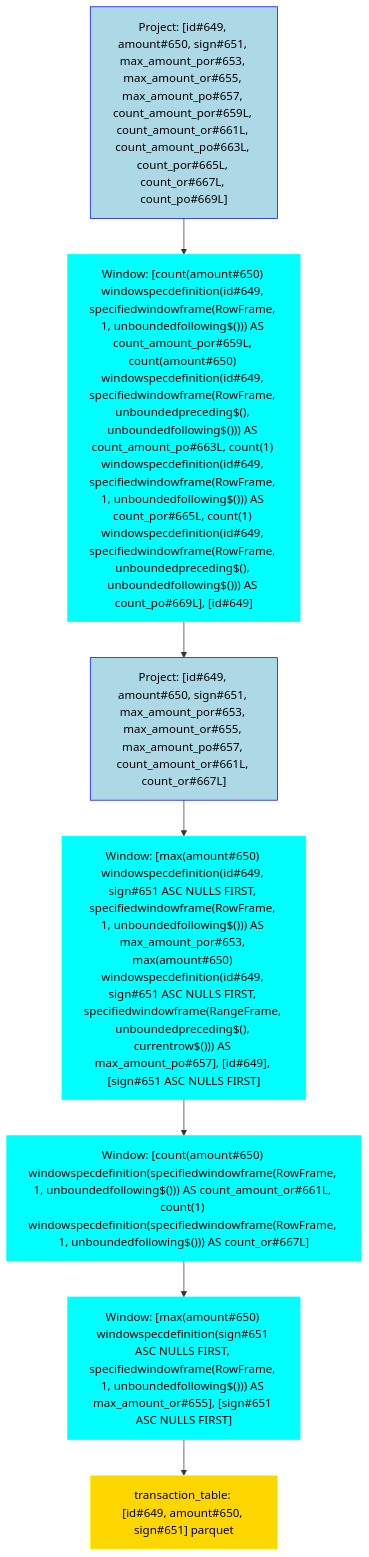
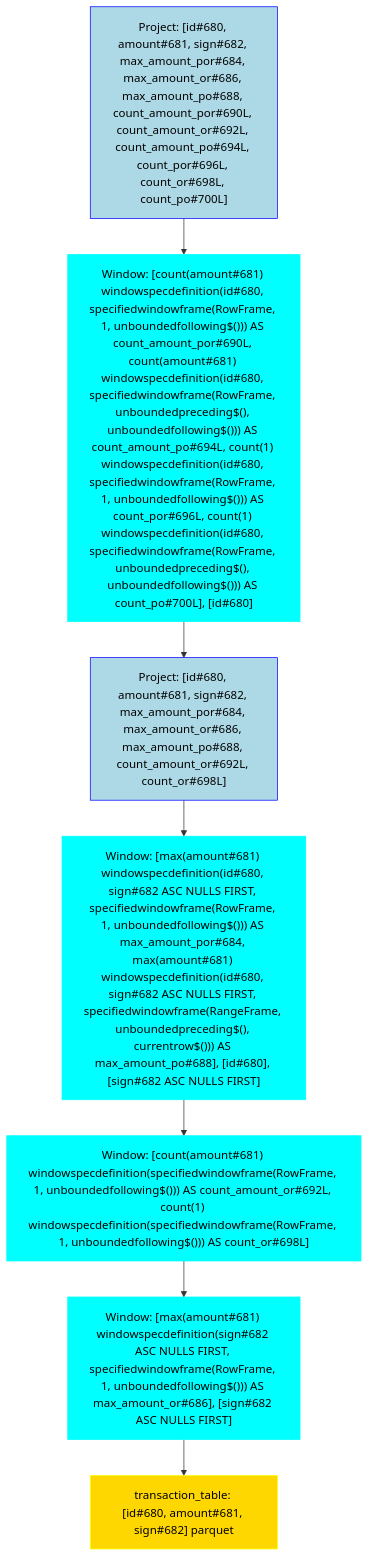
The diagram in data/visualization/window_column_3.mmd (NielkNetraam/explainalyzed), drawn with Mermaid before and after one commit. The commit also changed 29 other files, not shown here.

```diff
--- a/data/visualization/window_column_3.mmd
+++ b/data/visualization/window_column_3.mmd
@@ -1,23 +1,23 @@
 flowchart TD
     classDef PROJECT stroke:Blue,fill:LightBlue,color:black
     classDef FILTER stroke:Green,fill:LightGreen,color:black
     classDef UNION stroke:Purple,fill:Violet,color:black
     classDef JOIN stroke:DarkOrange,fill:Orange,color:black
     classDef RELATION stroke:Yellow,fill:Gold,color:black
     classDef AGGREGATE stroke:Brown,fill:Chocolate,color:black
     classDef WINDOW stroke:Aqua,fill:Cyan,color:black
 
-    Project#00001["Project: [id#649, amount#650, sign#651, max_amount_por#653, max_amount_or#655, max_amount_po#657, count_amount_por#659L, count_amount_or#661L, count_amount_po#663L, count_por#665L, count_or#667L, count_po#669L]"]:::PROJECT
-    Window#00002["Window: [count(amount#650) windowspecdefinition(id#649, specifiedwindowframe(RowFrame, 1, unboundedfollowing$())) AS count_amount_por#659L, count(amount#650) windowspecdefinition(id#649, specifiedwindowframe(RowFrame, unboundedpreceding$(), unboundedfollowing$())) AS count_amount_po#663L, count(1) windowspecdefinition(id#649, specifiedwindowframe(RowFrame, 1, unboundedfollowing$())) AS count_por#665L, count(1) windowspecdefinition(id#649, specifiedwindowframe(RowFrame, unboundedpreceding$(), unboundedfollowing$())) AS count_po#669L], [id#649]"]:::WINDOW
-    Project#00003["Project: [id#649, amount#650, sign#651, max_amount_por#653, max_amount_or#655, max_amount_po#657, count_amount_or#661L, count_or#667L]"]:::PROJECT
-    Window#00004["Window: [max(amount#650) windowspecdefinition(id#649, sign#651 ASC NULLS FIRST, specifiedwindowframe(RowFrame, 1, unboundedfollowing$())) AS max_amount_por#653, max(amount#650) windowspecdefinition(id#649, sign#651 ASC NULLS FIRST, specifiedwindowframe(RangeFrame, unboundedpreceding$(), currentrow$())) AS max_amount_po#657], [id#649], [sign#651 ASC NULLS FIRST]"]:::WINDOW
-    Window#00005["Window: [count(amount#650) windowspecdefinition(specifiedwindowframe(RowFrame, 1, unboundedfollowing$())) AS count_amount_or#661L, count(1) windowspecdefinition(specifiedwindowframe(RowFrame, 1, unboundedfollowing$())) AS count_or#667L]"]:::WINDOW
-    Window#00006["Window: [max(amount#650) windowspecdefinition(sign#651 ASC NULLS FIRST, specifiedwindowframe(RowFrame, 1, unboundedfollowing$())) AS max_amount_or#655], [sign#651 ASC NULLS FIRST]"]:::WINDOW
-    Relation#00007["transaction_table: [id#649, amount#650, sign#651] parquet"]:::RELATION
+    Project#00001["Project: [id#680, amount#681, sign#682, max_amount_por#684, max_amount_or#686, max_amount_po#688, count_amount_por#690L, count_amount_or#692L, count_amount_po#694L, count_por#696L, count_or#698L, count_po#700L]"]:::PROJECT
+    Window#00002["Window: [count(amount#681) windowspecdefinition(id#680, specifiedwindowframe(RowFrame, 1, unboundedfollowing$())) AS count_amount_por#690L, count(amount#681) windowspecdefinition(id#680, specifiedwindowframe(RowFrame, unboundedpreceding$(), unboundedfollowing$())) AS count_amount_po#694L, count(1) windowspecdefinition(id#680, specifiedwindowframe(RowFrame, 1, unboundedfollowing$())) AS count_por#696L, count(1) windowspecdefinition(id#680, specifiedwindowframe(RowFrame, unboundedpreceding$(), unboundedfollowing$())) AS count_po#700L], [id#680]"]:::WINDOW
+    Project#00003["Project: [id#680, amount#681, sign#682, max_amount_por#684, max_amount_or#686, max_amount_po#688, count_amount_or#692L, count_or#698L]"]:::PROJECT
+    Window#00004["Window: [max(amount#681) windowspecdefinition(id#680, sign#682 ASC NULLS FIRST, specifiedwindowframe(RowFrame, 1, unboundedfollowing$())) AS max_amount_por#684, max(amount#681) windowspecdefinition(id#680, sign#682 ASC NULLS FIRST, specifiedwindowframe(RangeFrame, unboundedpreceding$(), currentrow$())) AS max_amount_po#688], [id#680], [sign#682 ASC NULLS FIRST]"]:::WINDOW
+    Window#00005["Window: [count(amount#681) windowspecdefinition(specifiedwindowframe(RowFrame, 1, unboundedfollowing$())) AS count_amount_or#692L, count(1) windowspecdefinition(specifiedwindowframe(RowFrame, 1, unboundedfollowing$())) AS count_or#698L]"]:::WINDOW
+    Window#00006["Window: [max(amount#681) windowspecdefinition(sign#682 ASC NULLS FIRST, specifiedwindowframe(RowFrame, 1, unboundedfollowing$())) AS max_amount_or#686], [sign#682 ASC NULLS FIRST]"]:::WINDOW
+    Relation#00007["transaction_table: [id#680, amount#681, sign#682] parquet"]:::RELATION
 
     Project#00001 --> Window#00002
         Window#00002 --> Project#00003
             Project#00003 --> Window#00004
                 Window#00004 --> Window#00005
                     Window#00005 --> Window#00006
                         Window#00006 --> Relation#00007
```
